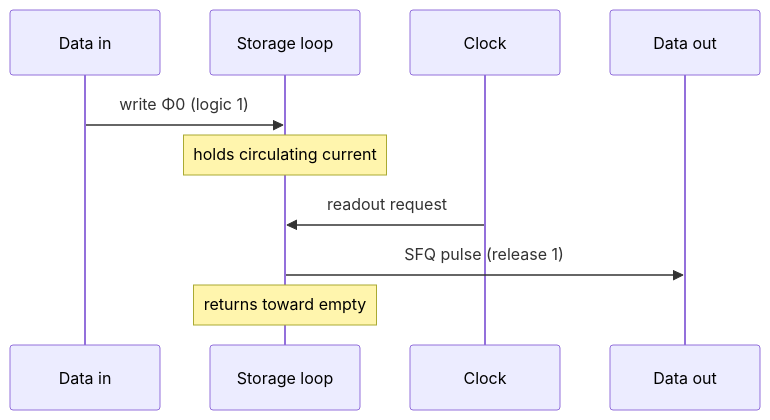
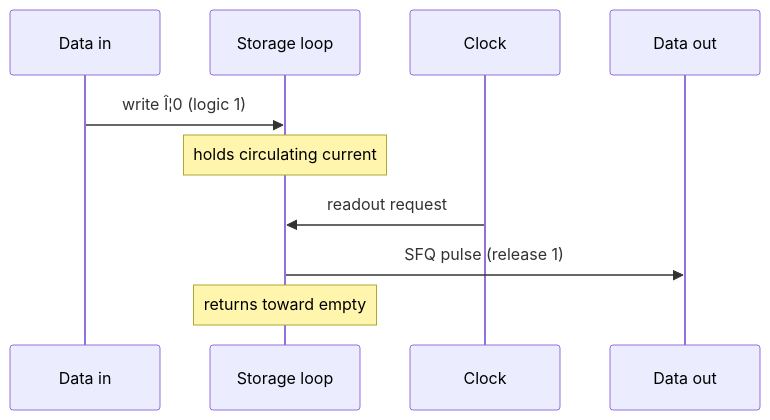
Before and after one commit to Single-Flux-Quantum/sfq-learn-public: the second of 2 diagrams in docs/bridge/pulse-to-logic-state.md, drawn with Mermaid. The commit also changed other lines of this file and 41 other files, not shown here.

````diff
--- a/docs/bridge/pulse-to-logic-state.md
+++ b/docs/bridge/pulse-to-logic-state.md
@@ -176,12 +176,12 @@
 ```mermaid
 sequenceDiagram
   participant D as Data in
   participant L as Storage loop
   participant C as Clock
   participant O as Data out
-  D->>L: write Φ0 (logic 1)
+  D->>L: write Î¦0 (logic 1)
   Note over L: holds circulating current
   C->>L: readout request
   L->>O: SFQ pulse (release 1)
   Note over L: returns toward empty
 ```
````
